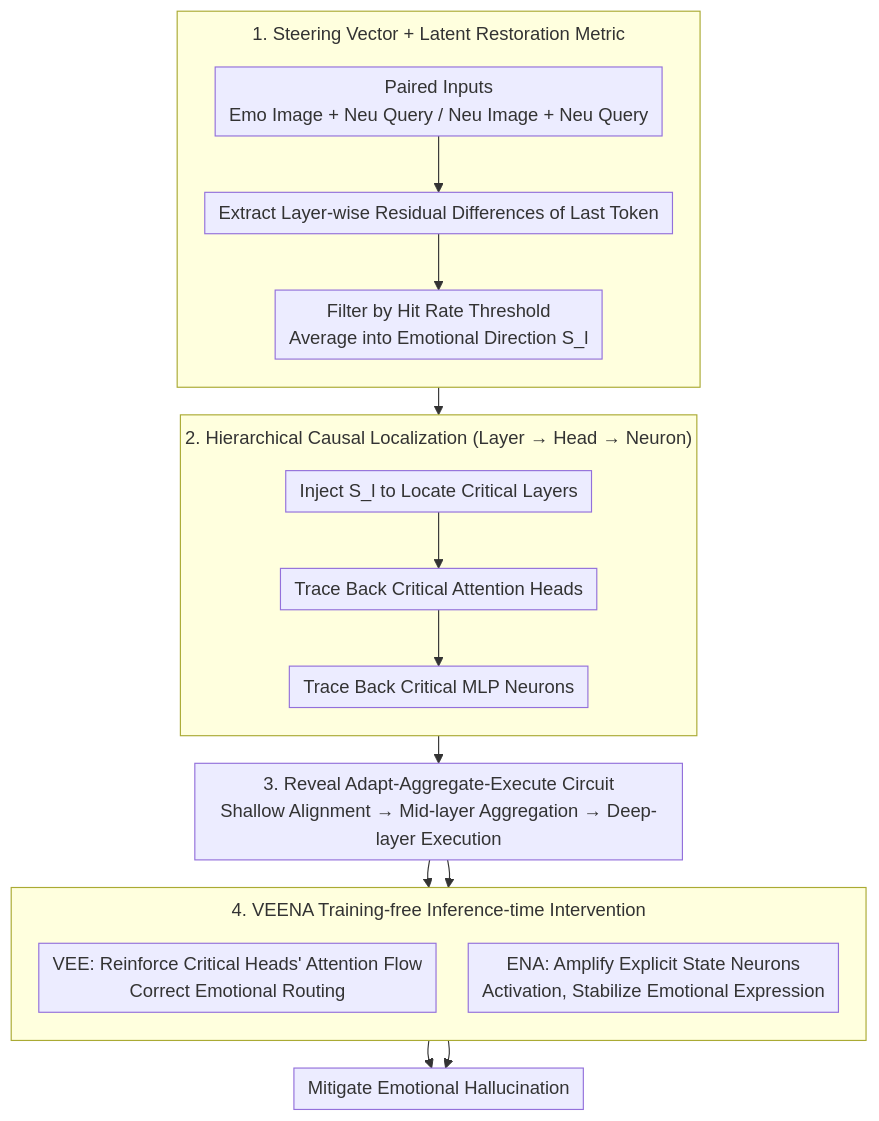
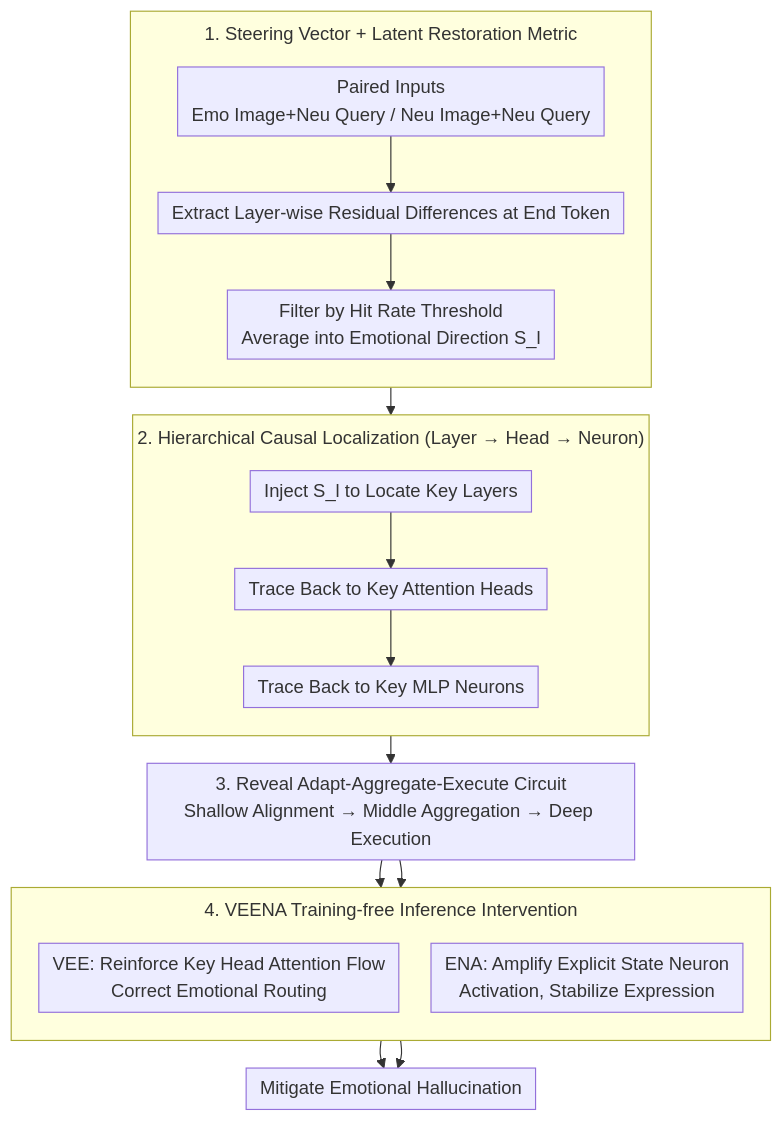
One commit to zhaoyang97/Paper-Notes-en changed the diagram in docs/ICML2026/multimodal_vlm/interpreting_and_enhancing_emotional_circuits_in_large_vision-language_models_vi.md. Above: the diagram before and after it, drawn with Mermaid. The commit also changed other lines of this file and 5084 other files, not shown here.

````diff
--- a/docs/ICML2026/multimodal_vlm/interpreting_and_enhancing_emotional_circuits_in_large_vision-language_models_vi.md
+++ b/docs/ICML2026/multimodal_vlm/interpreting_and_enhancing_emotional_circuits_in_large_vision-language_models_vi.md
@@ -44,25 +44,25 @@
 ```mermaid
 %%{init: {'flowchart': {'rankSpacing': 24, 'nodeSpacing': 28, 'padding': 6, 'wrappingWidth': 400, 'subGraphTitleMargin': {'top': 8, 'bottom': 16}}}}%%
 flowchart TD
     subgraph S1["1. Steering Vector + Latent Restoration Metric"]
         direction TB
-        A["Paired Inputs<br/>Emo Image + Neu Query / Neu Image + Neu Query"] --> B["Extract Layer-wise Residual Differences of Last Token"]
+        A["Paired Inputs<br/>Emo Image+Neu Query / Neu Image+Neu Query"] --> B["Extract Layer-wise Residual Differences at End Token"]
         B --> C["Filter by Hit Rate Threshold<br/>Average into Emotional Direction S_l"]
     end
     C --> D
     subgraph S2["2. Hierarchical Causal Localization (Layer → Head → Neuron)"]
         direction TB
-        D["Inject S_l to Locate Critical Layers"] --> E["Trace Back Critical Attention Heads"]
-        E --> F["Trace Back Critical MLP Neurons"]
+        D["Inject S_l to Locate Key Layers"] --> E["Trace Back to Key Attention Heads"]
+        E --> F["Trace Back to Key MLP Neurons"]
     end
-    F --> G["3. Reveal Adapt-Aggregate-Execute Circuit<br/>Shallow Alignment → Mid-layer Aggregation → Deep-layer Execution"]
-    subgraph S3["4. VEENA Training-free Inference-time Intervention"]
+    F --> G["3. Reveal Adapt-Aggregate-Execute Circuit<br/>Shallow Alignment → Middle Aggregation → Deep Execution"]
+    subgraph S3["4. VEENA Training-free Inference Intervention"]
         direction TB
-        H["VEE: Reinforce Critical Heads' Attention Flow<br/>Correct Emotional Routing"]
-        I["ENA: Amplify Explicit State Neurons<br/>Activation, Stabilize Emotional Expression"]
+        H["VEE: Reinforce Key Head Attention Flow<br/>Correct Emotional Routing"]
+        I["ENA: Amplify Explicit State Neuron<br/>Activation, Stabilize Expression"]
     end
     G --> H
     G --> I
     H --> J["Mitigate Emotional Hallucination"]
     I --> J
 ```
````
